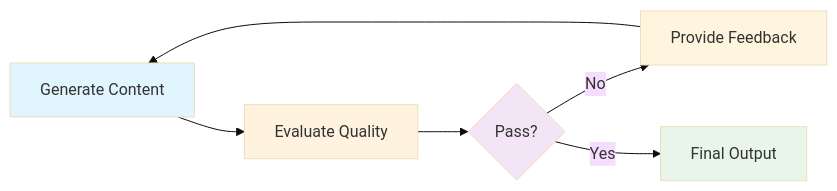
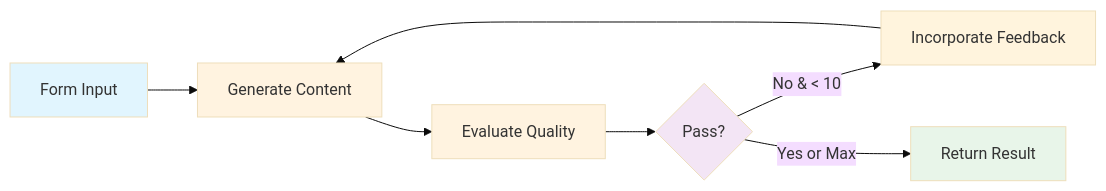
Before and after one commit to LouisChanCLY/automation-exercise: the diagram in docs/exercises/03-llm-as-judge/index.md, drawn with Mermaid (base theme). The commit also changed other lines of this file and 3 other files, not shown here.

````diff
--- a/docs/exercises/03-llm-as-judge/index.md
+++ b/docs/exercises/03-llm-as-judge/index.md
@@ -38,13 +33,15 @@
 ```mermaid
 graph LR
-    A[Generate Content] --> B[Evaluate Quality]
-    B --> C{Pass?}
-    C -->|No| D[Provide Feedback]
-    D --> A
-    C -->|Yes| E[Final Output]
+    A[Form Input] --> B[Generate Content]
+    B --> C[Evaluate Quality]
+    C --> D{Pass?}
+    D -->|No & < 10| E[Incorporate Feedback]
+    E --> B
+    D -->|Yes or Max| F[Return Result]
 
     style A fill:#e1f5fe
     style B fill:#fff3e0
-    style C fill:#f3e5f5
-    style E fill:#e8f5e9
+    style C fill:#fff3e0
+    style D fill:#f3e5f5
+    style F fill:#e8f5e9
 ```
````
